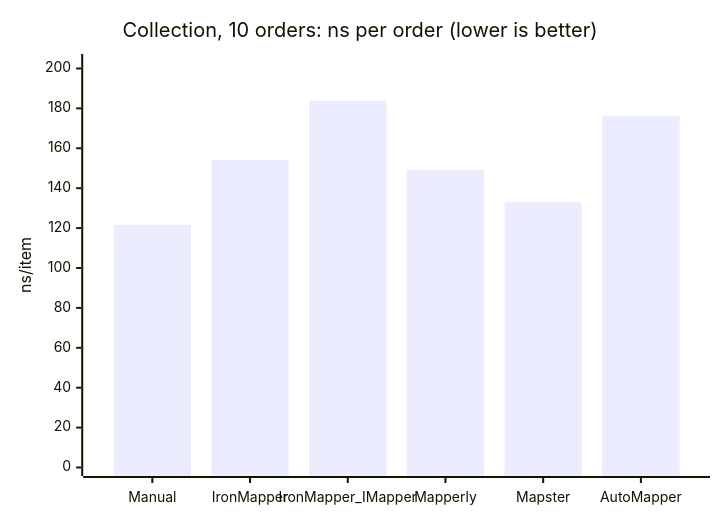
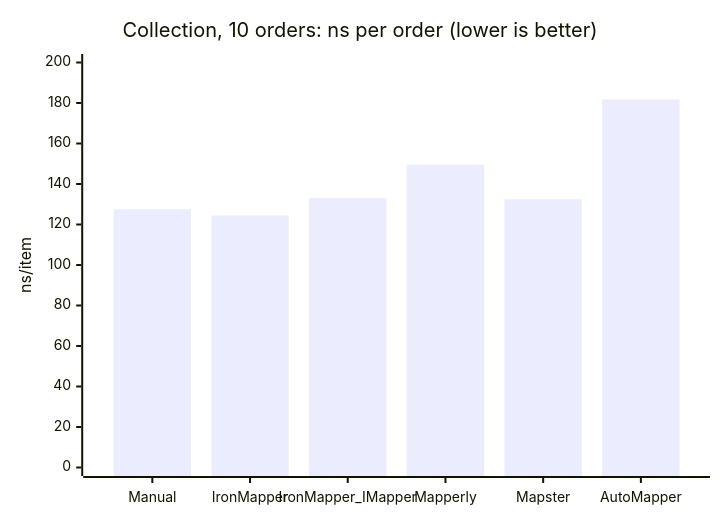
Before and after one commit to iron-mapper/IronMapper: the first of 5 diagrams in benchmarks/results/RESULTS.md, drawn with Mermaid. The commit also changed other lines of this file and 42 other files, not shown here.

````diff
--- a/benchmarks/results/RESULTS.md
+++ b/benchmarks/results/RESULTS.md
@@ -48,7 +223,7 @@
 ```mermaid
 xychart-beta
     title "Collection, 10 orders: ns per order (lower is better)"
     x-axis ["Manual", "IronMapper", "IronMapper_IMapper", "Mapperly", "Mapster", "AutoMapper"]
-    y-axis "ns/item" 0 --> 203
-    bar [121.617, 154.161, 183.817, 149.173, 132.908, 176.062]
+    y-axis "ns/item" 0 --> 200
+    bar [127.531, 124.431, 132.992, 149.56, 132.491, 181.75]
 ```
````
